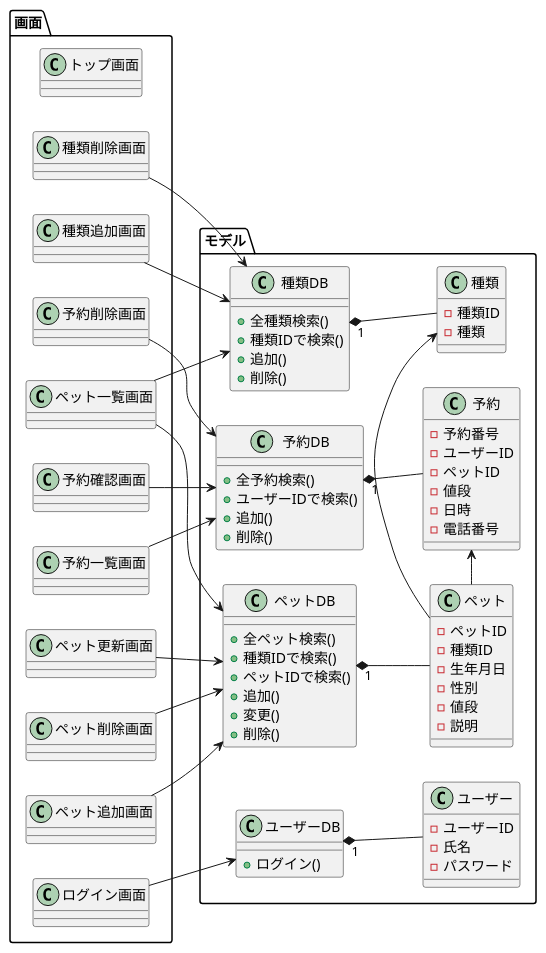
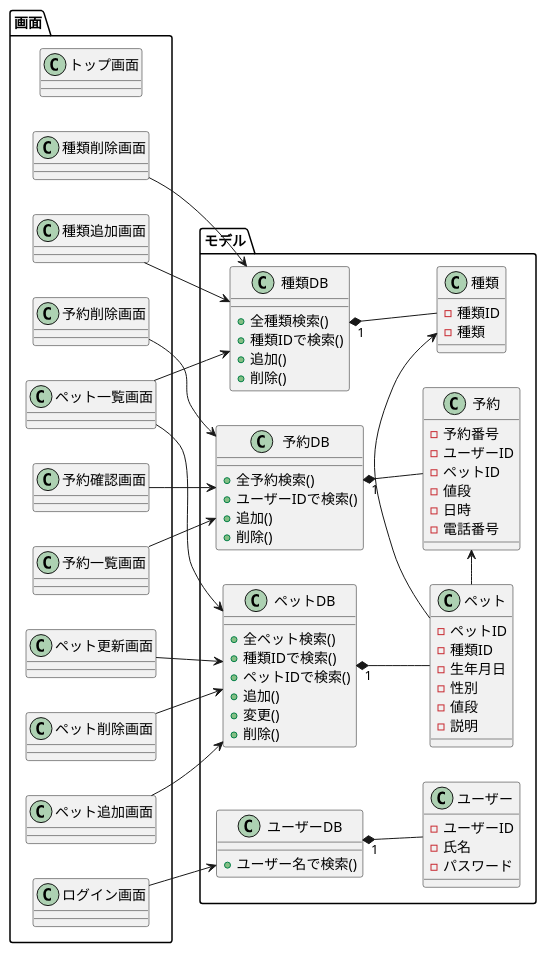
One commit to Tyamanaka07/WebSystem changed the diagram in UML/class.pu. Above: the diagram before and after it, drawn with PlantUML. The commit also changed 1 other file, not shown here.

Commit message:
クラス図のUserDAO、UserDBを変更

```diff
--- a/UML/class.pu
+++ b/UML/class.pu
@@ -1,96 +1,96 @@
 @startuml
 left to right direction
 
 package モデル{
 class ペット{
 	-ペットID
 	-種類ID
 	-生年月日
 	-性別
 	-値段
 	-説明
 }
 
 class 種類{
 	-種類ID
 	-種類
 }
 
 class ユーザー{
 	-ユーザーID
 	-氏名
 	-パスワード
 }
 
 class 予約{
 	-予約番号
 	-ユーザーID
 	-ペットID
 	-値段
 	-日時
 	-電話番号
 }
 
 class ペットDB{
 	+全ペット検索()
 	+種類IDで検索()
 	+ペットIDで検索()
 	+追加()
 	+変更()
 	+削除()
 }
 
 class 種類DB{
 	+全種類検索()
 	+種類IDで検索()
 	+追加()
 	+削除()
 }
 
 class ユーザーDB{
-	+ログイン()
+	+ユーザー名で検索()
 }
 
 class 予約DB{
 	+全予約検索()
 	+ユーザーIDで検索()
 	+追加()
 	+削除()
 }
 }
 
 package 画面{
 class トップ画面
 class ペット一覧画面
 class ログイン画面
 class ペット追加画面
 class ペット更新画面
 class ペット削除画面
 class 種類追加画面
 class 種類削除画面
 class 予約確認画面
 class 予約一覧画面
 class 予約削除画面
 
 }
 
 ペットDB "1" *-- ペット
 種類DB "1" *-- 種類
 ユーザーDB "1" *-- ユーザー
 予約DB "1" *-- 予約
 ペット -> 種類
 ペット -> 予約
 
 ペット一覧画面-->種類DB
 ペット一覧画面-->ペットDB
 ログイン画面-->ユーザーDB
 ペット追加画面-->ペットDB
 ペット更新画面-->ペットDB
 種類追加画面-->種類DB
 種類削除画面-->種類DB
 ペット削除画面-->ペットDB
 予約確認画面-->予約DB
 予約一覧画面-->予約DB
 予約削除画面-->予約DB
 
 @enduml
```
